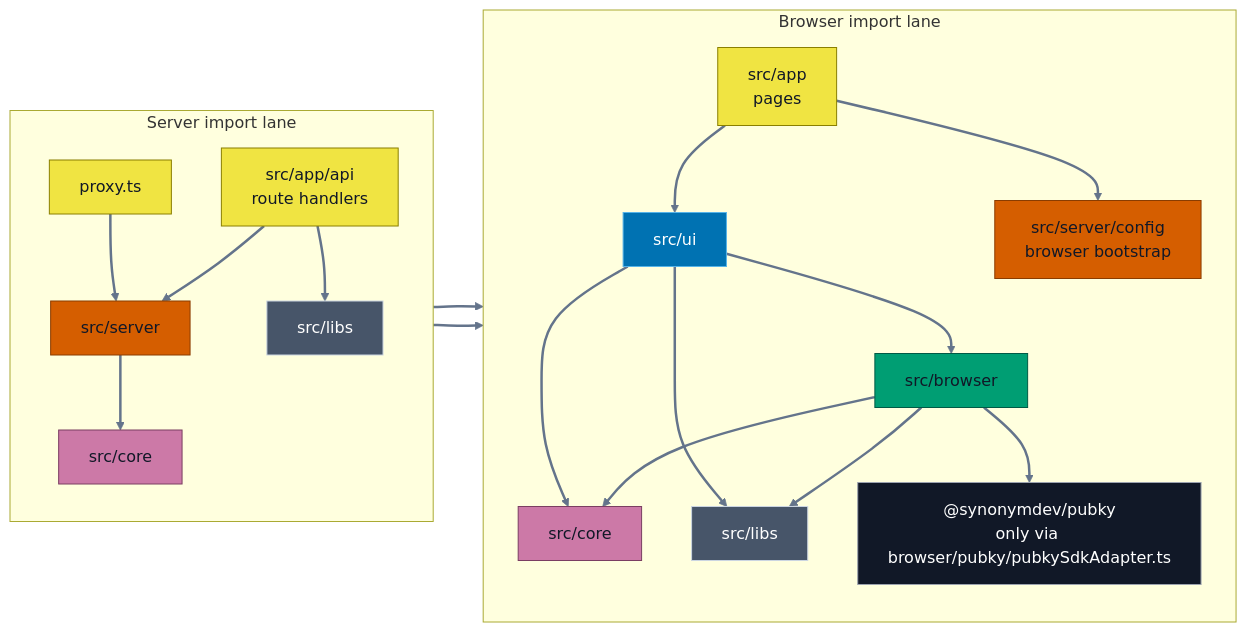
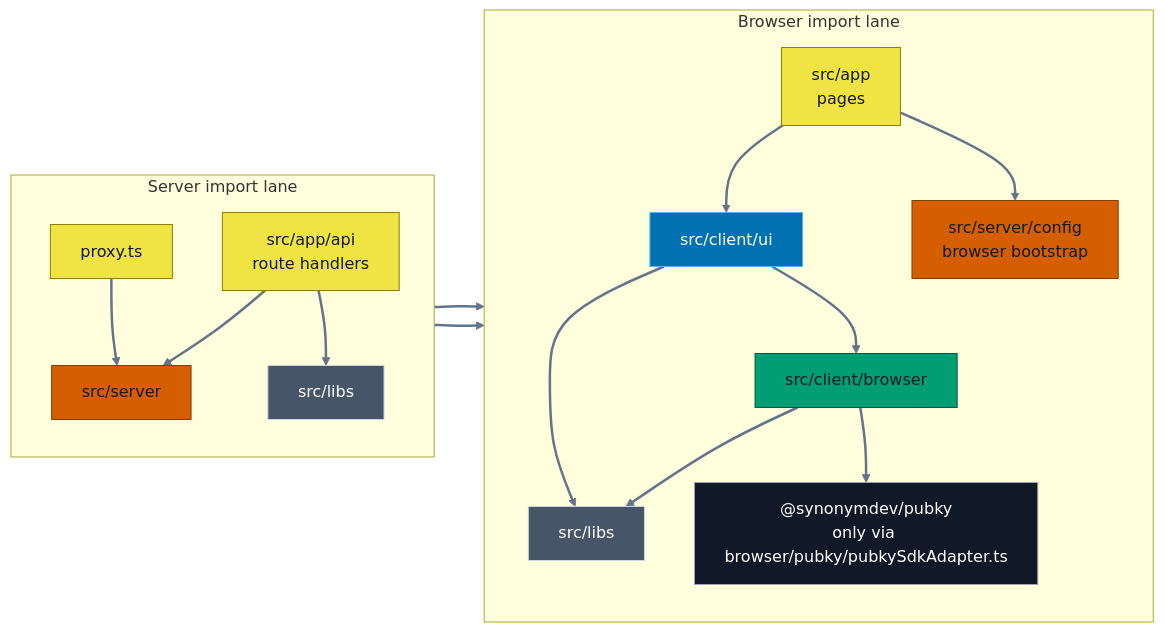
Before and after one commit to pubky/pubky-passport: the second of 14 diagrams in FLOWS.md, drawn with Mermaid. The commit also changed other lines of this file and 238 other files, not shown here.

````diff
--- a/FLOWS.md
+++ b/FLOWS.md
@@ -42,34 +40,30 @@
 ```mermaid
 flowchart LR
     accTitle: Current production import boundaries
-    accDescr: Direct imports from app pages and route handlers into UI, browser, server, core, libraries, and the Pubky SDK adapter.
+    accDescr: Direct imports from app pages and route handlers into UI, browser, server, libraries, and the Pubky SDK adapter.
     subgraph browserLane[Browser import lane]
         direction TB
-        pages["src/app<br/>pages"]:::transport --> ui["src/ui"]:::ui --> browser["src/browser"]:::browser
+        pages["src/app<br/>pages"]:::transport --> ui["src/client/ui"]:::ui --> browser["src/client/browser"]:::browser
         pages --> bootstrap["src/server/config<br/>browser bootstrap"]:::server
-        ui --> browserCore["src/core"]:::core
         ui --> browserLibs["src/libs"]:::libs
-        browser --> browserCore
         browser --> browserLibs
         browser --> sdk["@synonymdev/pubky<br/>only via browser/pubky/pubkySdkAdapter.ts"]:::external
     end
 
     subgraph serverLane[Server import lane]
         direction TB
         routes["src/app/api<br/>route handlers"]:::transport --> server["src/server"]:::server
         proxy["proxy.ts"]:::transport --> server
         proxy --> bootstrap
         server --> bootstrap
         routes --> serverLibs["src/libs"]:::libs
-        server --> serverCore["src/core"]:::core
     end
 
     classDef transport fill:#F0E442,stroke:#8A7F00,color:#111827;
     classDef ui fill:#0072B2,stroke:#56B4E9,color:#fff;
     classDef browser fill:#009E73,stroke:#005A45,color:#111827;
     classDef server fill:#D55E00,stroke:#8A3C00,color:#111827;
-    classDef core fill:#CC79A7,stroke:#7A3E62,color:#111827;
     classDef libs fill:#475569,stroke:#cbd5e1,color:#fff;
     classDef external fill:#111827,stroke:#9ca3af,color:#fff;
     linkStyle default stroke:#64748B,stroke-width:2.5px;
 ```
````
